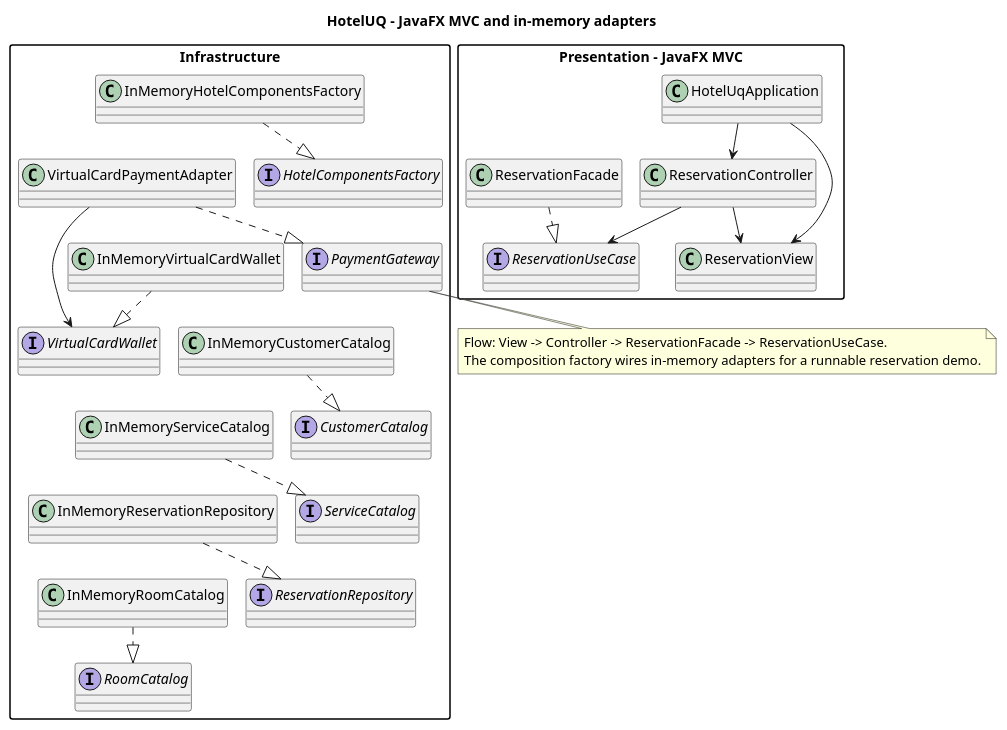
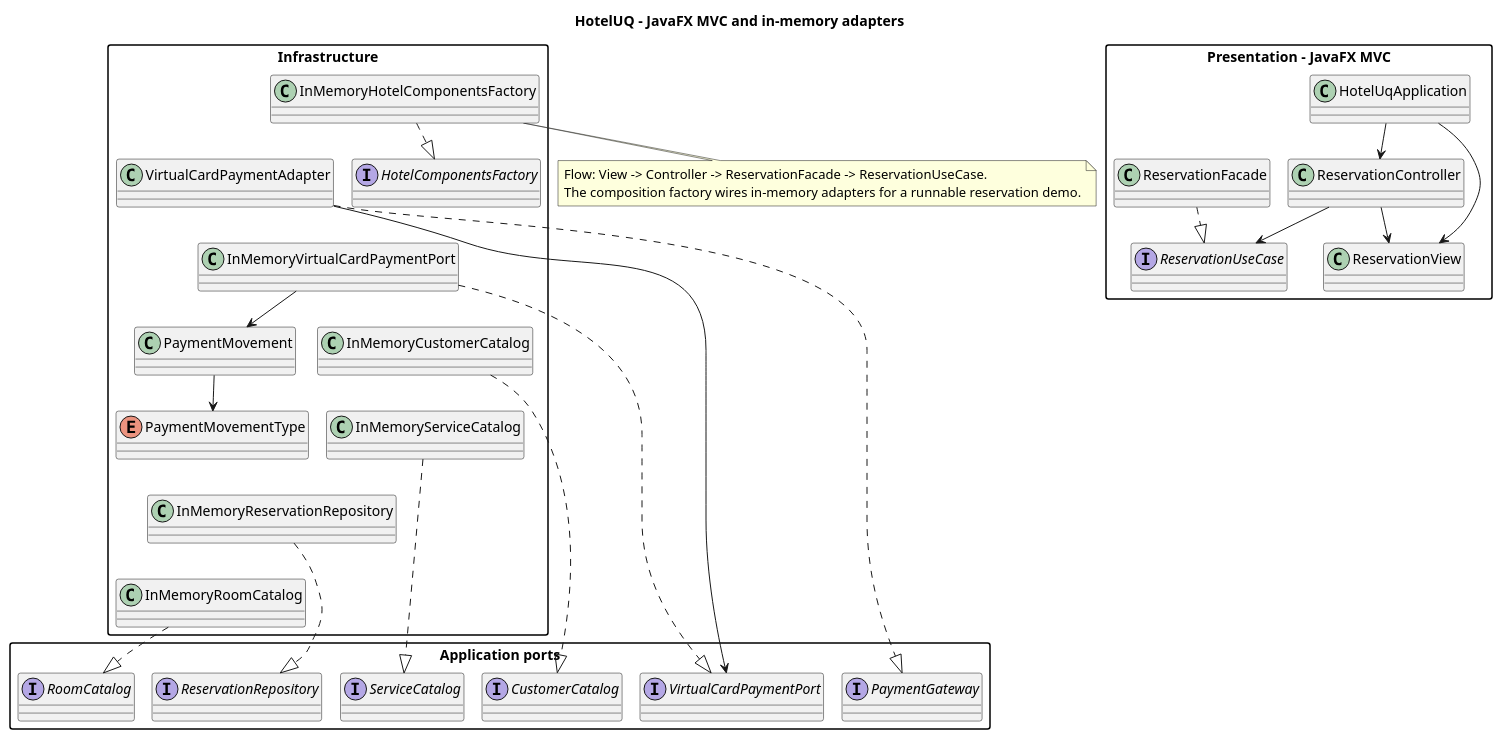
Before and after one commit to Isi578/ProyectoFinalProgramacion2: the third of 3 diagrams in docs/diagrams/class-diagram.puml, drawn with PlantUML. The commit also changed 16 other files, not shown here.

```diff
--- a/docs/diagrams/class-diagram.puml
+++ b/docs/diagrams/class-diagram.puml
@@ -133,61 +133,68 @@
 @startuml HotelUQ_MVC_Infrastructure
 !pragma layout smetana
 top to bottom direction
 skinparam packageStyle rectangle
 skinparam classAttributeIconSize 0
 skinparam linetype ortho
 skinparam nodesep 25
 skinparam ranksep 35
 
 title HotelUQ - JavaFX MVC and in-memory adapters
 
 package "Presentation - JavaFX MVC" {
   class HotelUqApplication
   class ReservationView
   class ReservationController
   interface ReservationUseCase
   class ReservationFacade
   HotelUqApplication --> ReservationView
   HotelUqApplication --> ReservationController
   ReservationController --> ReservationView
   ReservationController --> ReservationUseCase
   ReservationFacade ..|> ReservationUseCase
 }
 
+package "Application ports" {
+  interface RoomCatalog
+  interface ReservationRepository
+  interface ServiceCatalog
+  interface CustomerCatalog
+  interface PaymentGateway
+  interface VirtualCardPaymentPort
+}
+
 package "Infrastructure" {
   class InMemoryRoomCatalog
   class InMemoryReservationRepository
   class InMemoryServiceCatalog
   class InMemoryCustomerCatalog
-  interface VirtualCardWallet
-  class InMemoryVirtualCardWallet
+  class InMemoryVirtualCardPaymentPort
+  class PaymentMovement
+  enum PaymentMovementType
   class VirtualCardPaymentAdapter
   interface HotelComponentsFactory
   class InMemoryHotelComponentsFactory
-  interface RoomCatalog
-  interface ReservationRepository
-  interface ServiceCatalog
-  interface CustomerCatalog
-  interface PaymentGateway
 
   InMemoryRoomCatalog ..|> RoomCatalog
   InMemoryReservationRepository ..|> ReservationRepository
   InMemoryServiceCatalog ..|> ServiceCatalog
   InMemoryCustomerCatalog ..|> CustomerCatalog
-  InMemoryVirtualCardWallet ..|> VirtualCardWallet
+  InMemoryVirtualCardPaymentPort ..|> VirtualCardPaymentPort
+  InMemoryVirtualCardPaymentPort --> PaymentMovement
+  PaymentMovement --> PaymentMovementType
   VirtualCardPaymentAdapter ..|> PaymentGateway
-  VirtualCardPaymentAdapter --> VirtualCardWallet
+  VirtualCardPaymentAdapter --> VirtualCardPaymentPort
   InMemoryHotelComponentsFactory ..|> HotelComponentsFactory
   InMemoryHotelComponentsFactory -[hidden]down-> VirtualCardPaymentAdapter
-  VirtualCardPaymentAdapter -[hidden]down-> InMemoryVirtualCardWallet
-  InMemoryVirtualCardWallet -[hidden]down-> InMemoryCustomerCatalog
+  VirtualCardPaymentAdapter -[hidden]down-> InMemoryVirtualCardPaymentPort
+  InMemoryVirtualCardPaymentPort -[hidden]down-> InMemoryCustomerCatalog
   InMemoryCustomerCatalog -[hidden]down-> InMemoryServiceCatalog
   InMemoryServiceCatalog -[hidden]down-> InMemoryReservationRepository
   InMemoryReservationRepository -[hidden]down-> InMemoryRoomCatalog
 }
 
 note bottom
   Flow: View -> Controller -> ReservationFacade -> ReservationUseCase.
   The composition factory wires in-memory adapters for a runnable reservation demo.
 end note
 @enduml
```
